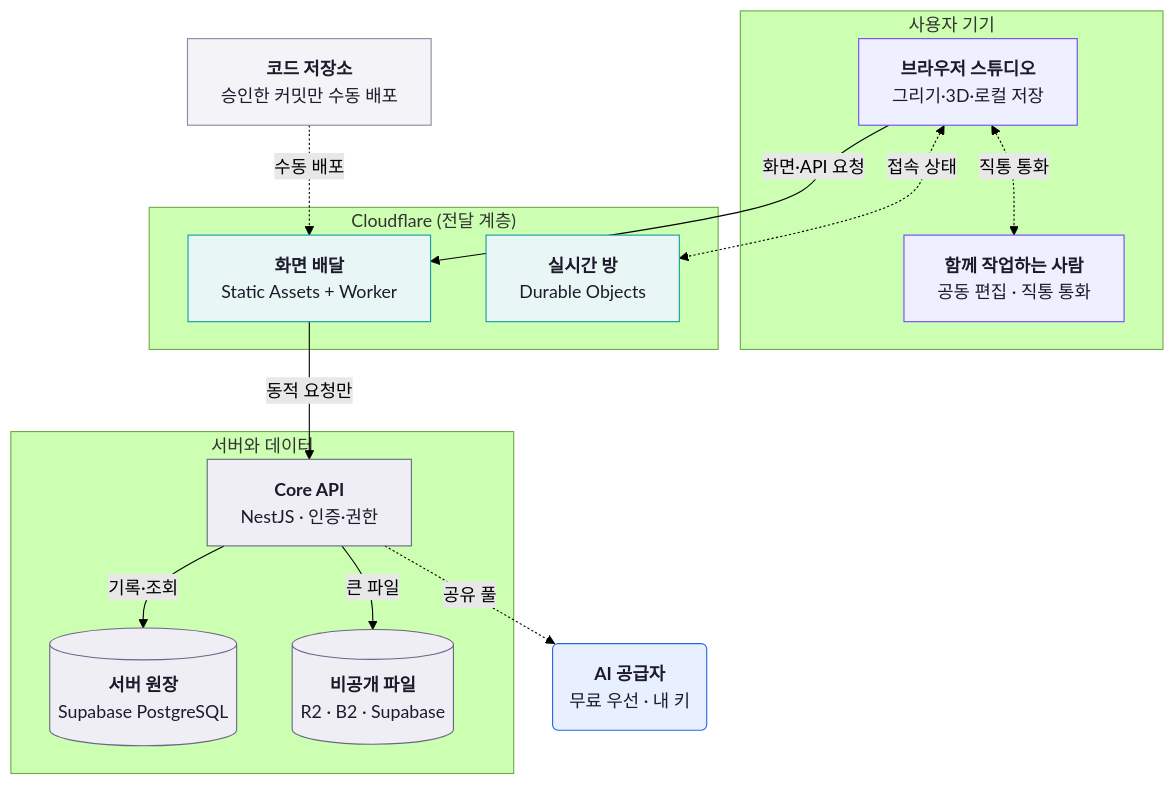
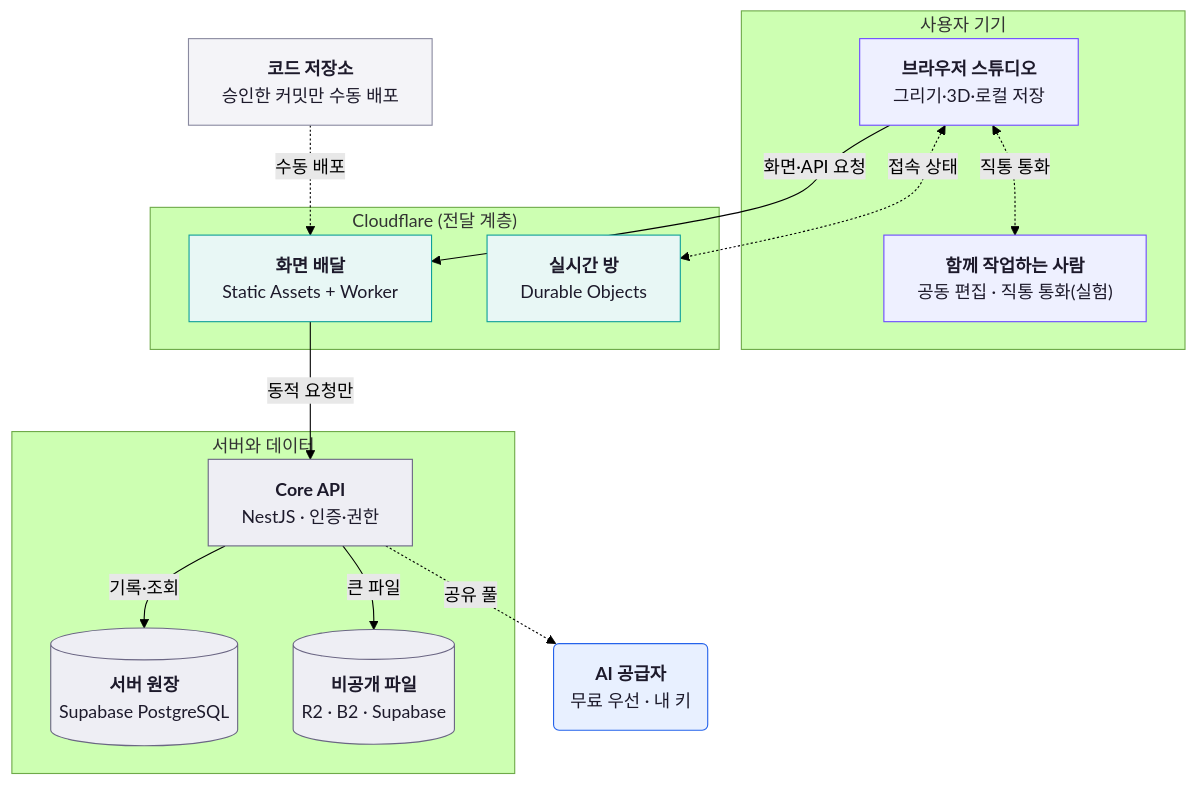
Before and after one commit to blue45f/toonstudio: the first of 13 diagrams in docs/technology/engineering-architecture.md, drawn with Mermaid (forest theme). The commit also changed other lines of this file and 9 other files, not shown here.

````diff
--- a/docs/technology/engineering-architecture.md
+++ b/docs/technology/engineering-architecture.md
@@ -30,35 +30,35 @@
 ```mermaid
 flowchart TB
   subgraph devices["사용자 기기"]
     browser["<b>브라우저 스튜디오</b><br/>그리기·3D·로컬 저장"]
-    peer["<b>함께 작업하는 사람</b><br/>공동 편집 · 직통 통화"]
+    peer["<b>함께 작업하는 사람</b><br/>공동 편집 · 직통 통화(실험)"]
   end
   subgraph cloudflare["Cloudflare (전달 계층)"]
     edge["<b>화면 배달</b><br/>Static Assets + Worker"]
     rt["<b>실시간 방</b><br/>Durable Objects"]
   end
   subgraph server["서버와 데이터"]
     api["<b>Core API</b><br/>NestJS · 인증·권한"]
     db[("<b>서버 원장</b><br/>Supabase PostgreSQL")]
     files[("<b>비공개 파일</b><br/>R2 · B2 · Supabase")]
   end
   ai("<b>AI 공급자</b><br/>무료 우선 · 내 키")
   repo["<b>코드 저장소</b><br/>승인한 커밋만 수동 배포"]
   browser -->|"화면·API 요청"| edge
   browser <-.->|"접속 상태"| rt
   edge -->|"동적 요청만"| api
   api -->|"기록·조회"| db
   api -->|"큰 파일"| files
   api -.->|"공유 풀"| ai
   browser <-.->|"직통 통화"| peer
   repo -.->|"수동 배포"| edge
   style browser fill:#eef0ff,stroke:#6d4aff,color:#1d1a2b
   style peer fill:#eef0ff,stroke:#6d4aff,color:#1d1a2b
   style edge fill:#e8f7f5,stroke:#0e9f99,color:#1d1a2b
   style rt fill:#e8f7f5,stroke:#0e9f99,color:#1d1a2b
   style api fill:#eeeef4,stroke:#6b6684,color:#1d1a2b
   style db fill:#eeeef4,stroke:#6b6684,color:#1d1a2b
   style files fill:#eeeef4,stroke:#6b6684,color:#1d1a2b
   style ai fill:#e8f0ff,stroke:#2563eb,color:#1d1a2b
   style repo fill:#f4f4f8,stroke:#8a8aa0,color:#1d1a2b
 ```
````
